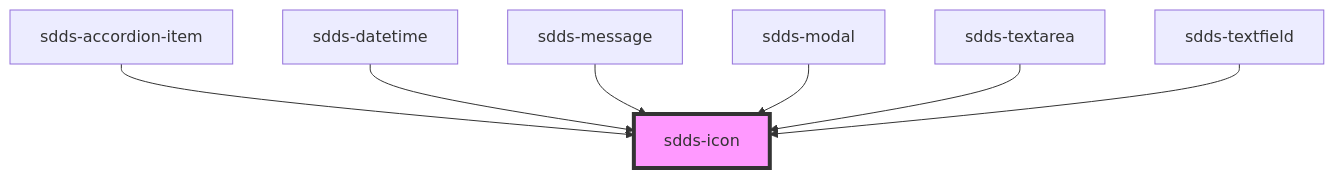
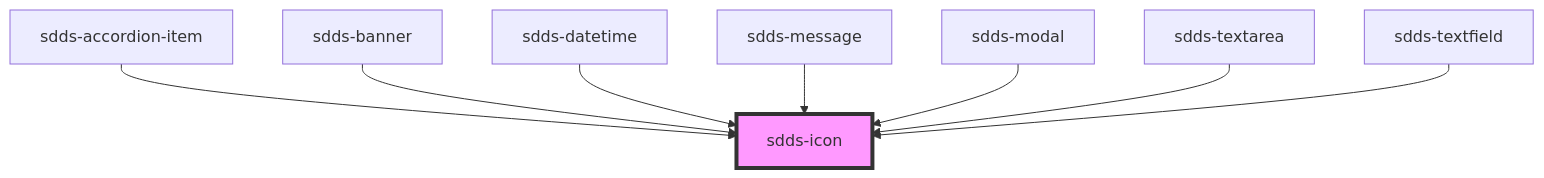
One commit to scania-digital-design-system/sdds changed the diagram in tegel/src/components/icon/readme.md. Above: the diagram before and after it, drawn with Mermaid. The commit also changed other lines of this file and 7 other files, not shown here.

````diff
--- a/tegel/src/components/icon/readme.md
+++ b/tegel/src/components/icon/readme.md
@@ -28,10 +29,11 @@
 ```mermaid
 graph TD;
   sdds-accordion-item --> sdds-icon
+  sdds-banner --> sdds-icon
   sdds-datetime --> sdds-icon
   sdds-message --> sdds-icon
   sdds-modal --> sdds-icon
   sdds-textarea --> sdds-icon
   sdds-textfield --> sdds-icon
   style sdds-icon fill:#f9f,stroke:#333,stroke-width:4px
 ```
````
